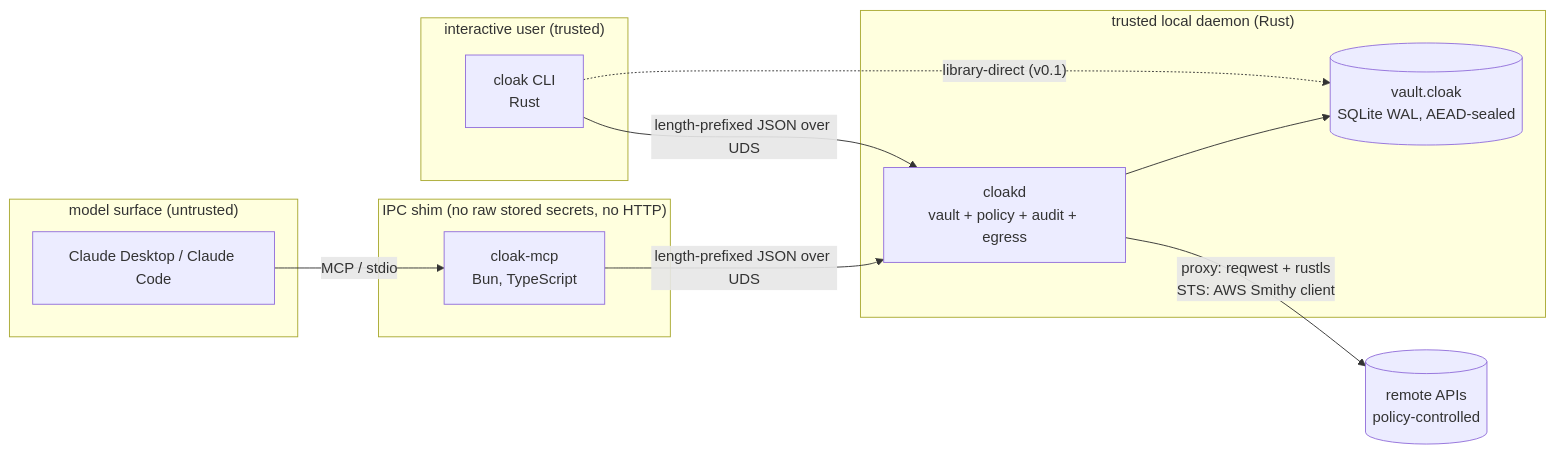
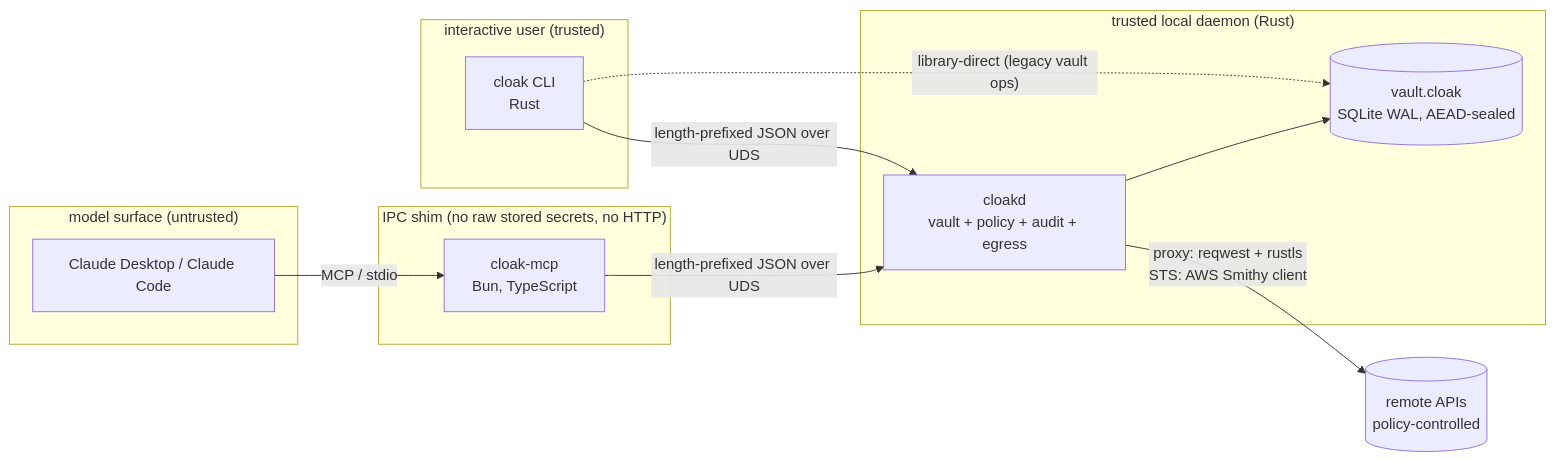
Before and after one commit to cloakward/cloak: the diagram in docs/ARCHITECTURE.md, drawn with Mermaid. The commit also changed other lines of this file and 2 other files, not shown here.

````diff
--- a/docs/ARCHITECTURE.md
+++ b/docs/ARCHITECTURE.md
@@ -10,26 +10,26 @@
 ```mermaid
 flowchart LR
   subgraph Untrusted["model surface (untrusted)"]
     CD[Claude Desktop / Claude Code]
   end
 
   subgraph Shim["IPC shim (no raw stored secrets, no HTTP)"]
     MCP[cloak-mcp<br/>Bun, TypeScript]
   end
 
   subgraph Trusted["trusted local daemon (Rust)"]
     DAEMON[cloakd<br/>vault + policy + audit + egress]
     VAULT[(vault.cloak<br/>SQLite WAL, AEAD-sealed)]
   end
 
   subgraph User["interactive user (trusted)"]
     CLI[cloak CLI<br/>Rust]
   end
 
   CD -- "MCP / stdio" --> MCP
   MCP -- "length-prefixed JSON over UDS" --> DAEMON
   CLI -- "length-prefixed JSON over UDS" --> DAEMON
-  CLI -. "library-direct (v0.1)" .-> VAULT
+  CLI -. "library-direct (legacy vault ops)" .-> VAULT
   DAEMON -- "proxy: reqwest + rustls<br/>STS: AWS Smithy client" --> Internet[(remote APIs<br/>policy-controlled)]
   DAEMON --> VAULT
 ```
````
